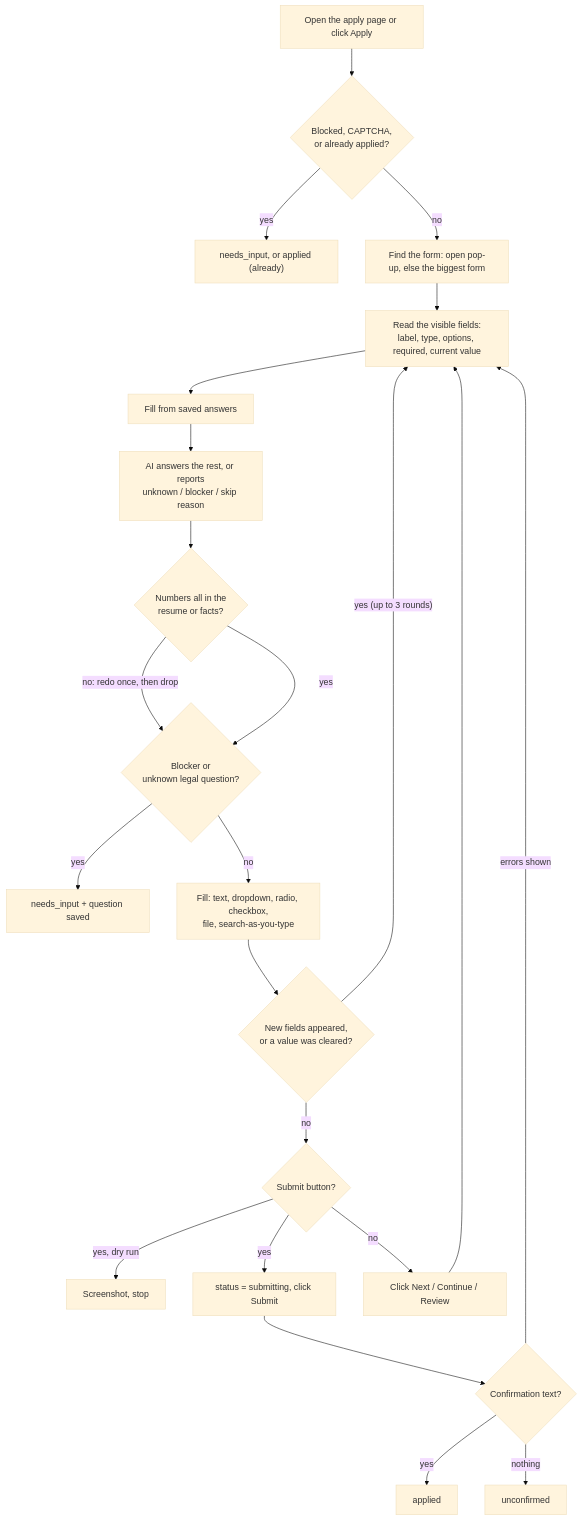
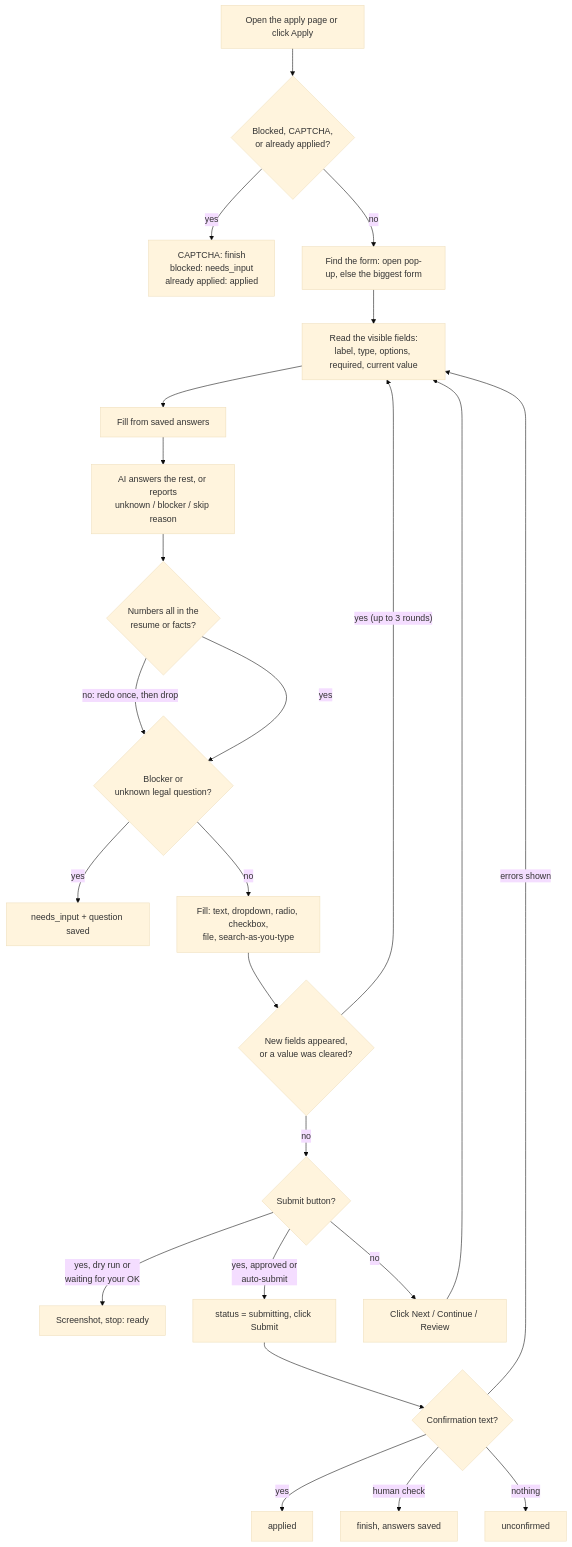
One commit to Avijit07x/truapply changed the sixth of 7 diagrams in docs/architecture.md. Above: the diagram before and after it, drawn with Mermaid (base theme). The commit also changed other lines of this file and 44 other files, not shown here.

````diff
--- a/docs/architecture.md
+++ b/docs/architecture.md
@@ -430,24 +454,25 @@
 ```mermaid
 flowchart TD
   open["Open the apply page or click Apply"] --> check{"Blocked, CAPTCHA,<br/>or already applied?"}
-  check -- yes --> stop["needs_input, or applied (already)"]
+  check -- yes --> stop["CAPTCHA: finish<br/>blocked: needs_input<br/>already applied: applied"]
   check -- no --> scope["Find the form: open pop-up, else the biggest form"]
   scope --> read["Read the visible fields:<br/>label, type, options, required, current value"]
   read --> saved["Fill from saved answers"]
   saved --> ask["AI answers the rest, or reports<br/>unknown / blocker / skip reason"]
   ask --> truth{"Numbers all in the<br/>resume or facts?"}
   truth -- "no: redo once, then drop" --> decide
   truth -- yes --> decide{"Blocker or<br/>unknown legal question?"}
   decide -- yes --> flag["needs_input + question saved"]
   decide -- no --> fill["Fill: text, dropdown, radio, checkbox,<br/>file, search-as-you-type"]
   fill --> again{"New fields appeared,<br/>or a value was cleared?"}
   again -- "yes (up to 3 rounds)" --> read
   again -- no --> btn{"Submit button?"}
-  btn -- "yes, dry run" --> ready["Screenshot, stop"]
-  btn -- yes --> submit["status = submitting, click Submit"]
+  btn -- "yes, dry run or<br/>waiting for your OK" --> ready["Screenshot, stop: ready"]
+  btn -- "yes, approved or<br/>auto-submit" --> submit["status = submitting, click Submit"]
   submit --> ok{"Confirmation text?"}
   ok -- yes --> applied["applied"]
   ok -- "errors shown" --> read
+  ok -- "human check" --> fin["finish, answers saved"]
   ok -- nothing --> unconf["unconfirmed"]
   btn -- no --> next["Click Next / Continue / Review"] --> read
 ```
````
